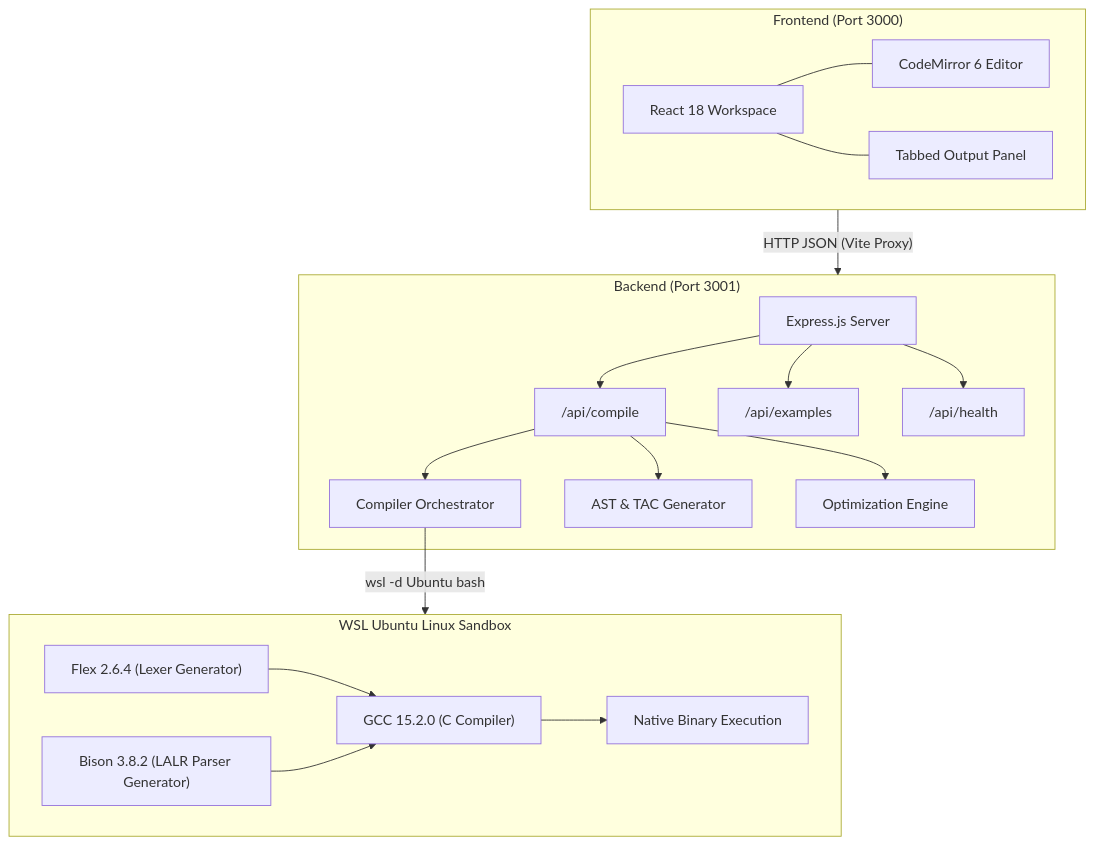
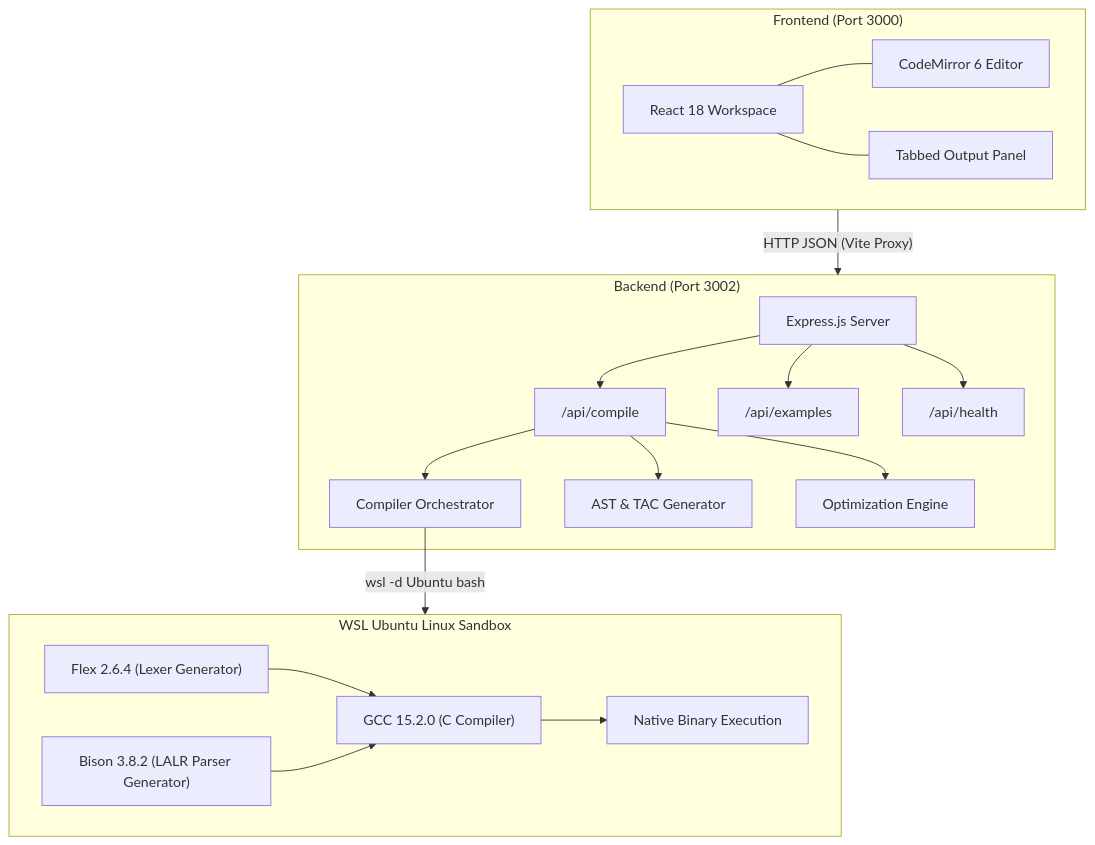
Before and after one commit to kartikay633/Lexora: the diagram in docs/architecture.md, drawn with Mermaid. The commit also changed other lines of this file and 14 other files, not shown here.

````diff
--- a/docs/architecture.md
+++ b/docs/architecture.md
@@ -7,41 +7,41 @@
 ```mermaid
 graph TD
     subgraph Browser ["Frontend (Port 3000)"]
         UI["React 18 Workspace"]
         CM["CodeMirror 6 Editor"]
         Tabs["Tabbed Output Panel"]
         UI --- CM
         UI --- Tabs
     end
 
-    subgraph Backend ["Backend (Port 3001)"]
+    subgraph Backend ["Backend (Port 3002)"]
         Exp["Express.js Server"]
         RouteComp["/api/compile"]
         RouteEx["/api/examples"]
         RouteHealth["/api/health"]
         CompServ["Compiler Orchestrator"]
         IRServ["AST & TAC Generator"]
         OptServ["Optimization Engine"]
         
         Exp --> RouteComp
         Exp --> RouteEx
         Exp --> RouteHealth
         RouteComp --> CompServ
         RouteComp --> IRServ
         RouteComp --> OptServ
     end
 
     subgraph WSL ["WSL Ubuntu Linux Sandbox"]
         Flex["Flex 2.6.4 (Lexer Generator)"]
         Bison["Bison 3.8.2 (LALR Parser Generator)"]
         GCC["GCC 15.2.0 (C Compiler)"]
         Exec["Native Binary Execution"]
         
         Flex --> GCC
         Bison --> GCC
         GCC --> Exec
     end
 
     Browser -->|"HTTP JSON (Vite Proxy)"| Backend
     CompServ -->|"wsl -d Ubuntu bash"| WSL
 ```
````
